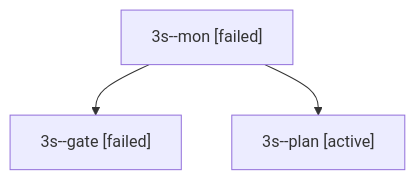
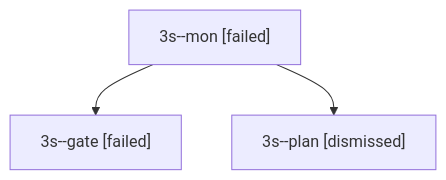
The diagram in sessions/bbugyi200.apollo.3s.md (bobs-org/bob-cli--agents), drawn with Mermaid before and after one commit. The commit also changed other lines of this file and 36 other files, not shown here.

````diff
--- a/sessions/bbugyi200.apollo.3s.md
+++ b/sessions/bbugyi200.apollo.3s.md
@@ -9,8 +9,8 @@
 ```mermaid
 flowchart TD
   n0["3s--mon [failed]"]
   n1["3s--gate [failed]"]
   n0 --> n1
-  n2["3s--plan [active]"]
+  n2["3s--plan [dismissed]"]
   n0 --> n2
 ```
````
